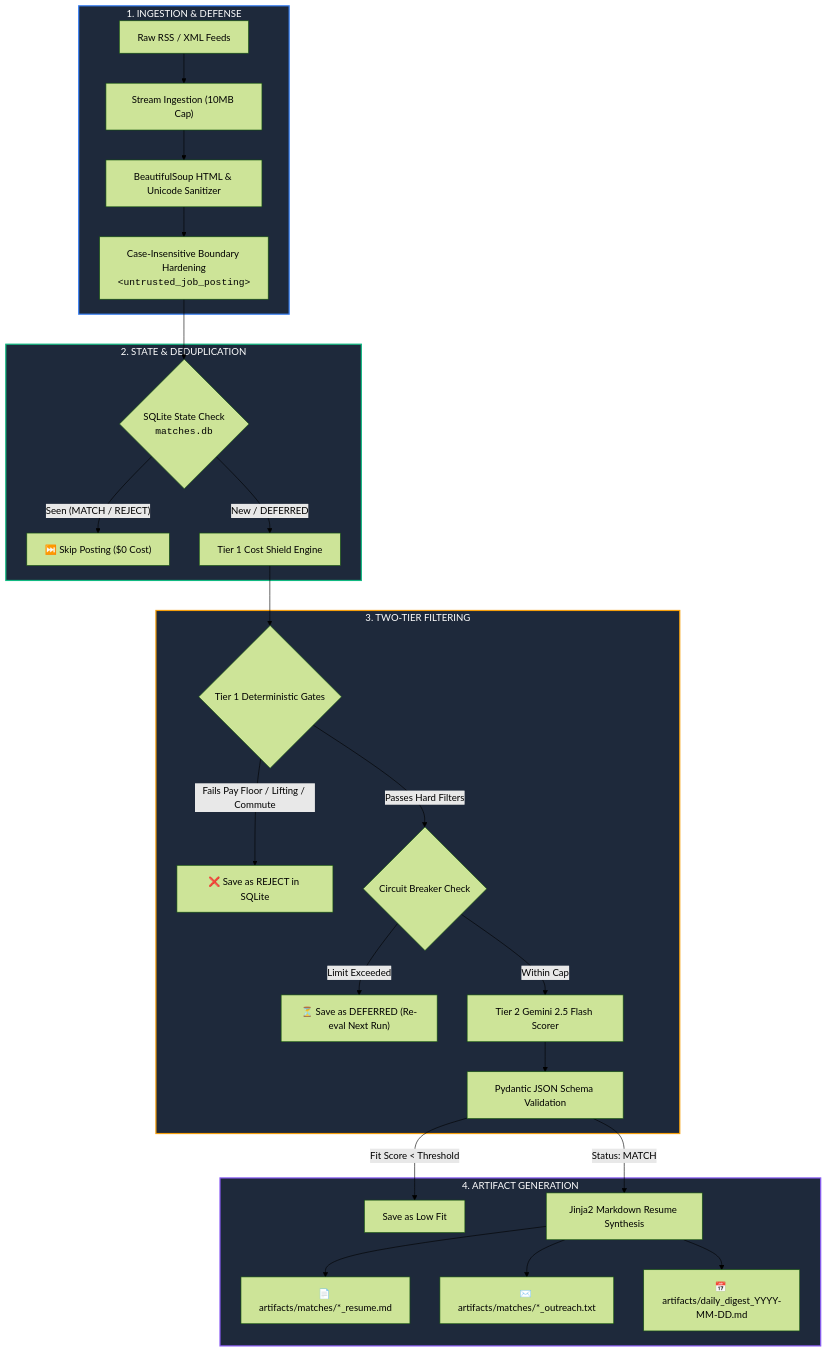
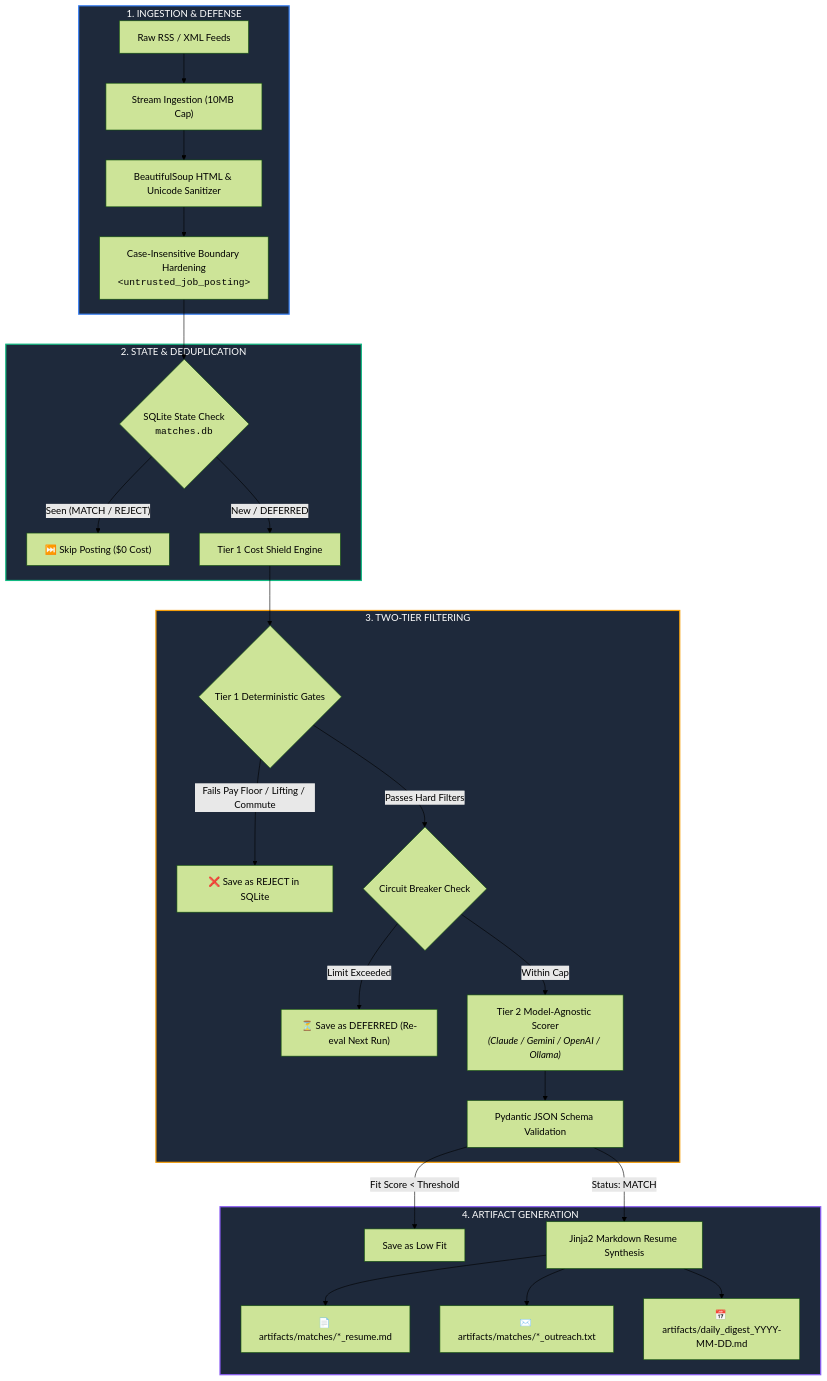
The diagram in README.md (ddgiovinazzo/beacon-ai), drawn with Mermaid (forest theme) before and after one commit. The commit also changed other lines of this file, not shown here.

Commit message:
docs: update README to reflect transition to model-agnostic architecture via LiteLLM

````diff
--- a/README.md
+++ b/README.md
@@ -59,36 +72,36 @@
 ```mermaid
 flowchart TD
     subgraph S1["1. INGESTION & DEFENSE"]
         A["Raw RSS / XML Feeds"] --> B["Stream Ingestion (10MB Cap)"]
         B --> C["BeautifulSoup HTML & Unicode Sanitizer"]
         C --> D["Case-Insensitive Boundary Hardening<br/><code>&lt;untrusted_job_posting&gt;</code>"]
     end
 
     subgraph S2["2. STATE & DEDUPLICATION"]
         D --> E{"SQLite State Check<br/><code>matches.db</code>"}
         E -- "Seen (MATCH / REJECT)" --> F["⏭️ Skip Posting ($0 Cost)"]
         E -- "New / DEFERRED" --> G["Tier 1 Cost Shield Engine"]
     end
 
     subgraph S3["3. TWO-TIER FILTERING"]
         G --> H{"Tier 1 Deterministic Gates"}
         H -- "Fails Pay Floor / Lifting / Commute" --> I["❌ Save as REJECT in SQLite"]
         H -- "Passes Hard Filters" --> J{"Circuit Breaker Check"}
         J -- "Limit Exceeded" --> K["⏳ Save as DEFERRED (Re-eval Next Run)"]
-        J -- "Within Cap" --> L["Tier 2 Gemini 2.5 Flash Scorer"]
+        J -- "Within Cap" --> L["Tier 2 Model-Agnostic Scorer<br/><i>(Claude / Gemini / OpenAI / Ollama)</i>"]
         L --> M["Pydantic JSON Schema Validation"]
     end
 
     subgraph S4["4. ARTIFACT GENERATION"]
         M -- "Fit Score < Threshold" --> N["Save as Low Fit"]
         M -- "Status: MATCH" --> O["Jinja2 Markdown Resume Synthesis"]
         O --> P["📄 artifacts/matches/*_resume.md"]
         O --> Q["✉️ artifacts/matches/*_outreach.txt"]
         O --> R["📅 artifacts/daily_digest_YYYY-MM-DD.md"]
     end
 
     style S1 fill:#1e293b,stroke:#3b82f6,stroke-width:2px,color:#fff
     style S2 fill:#1e293b,stroke:#10b981,stroke-width:2px,color:#fff
     style S3 fill:#1e293b,stroke:#f59e0b,stroke-width:2px,color:#fff
     style S4 fill:#1e293b,stroke:#8b5cf6,stroke-width:2px,color:#fff
 ```
````
